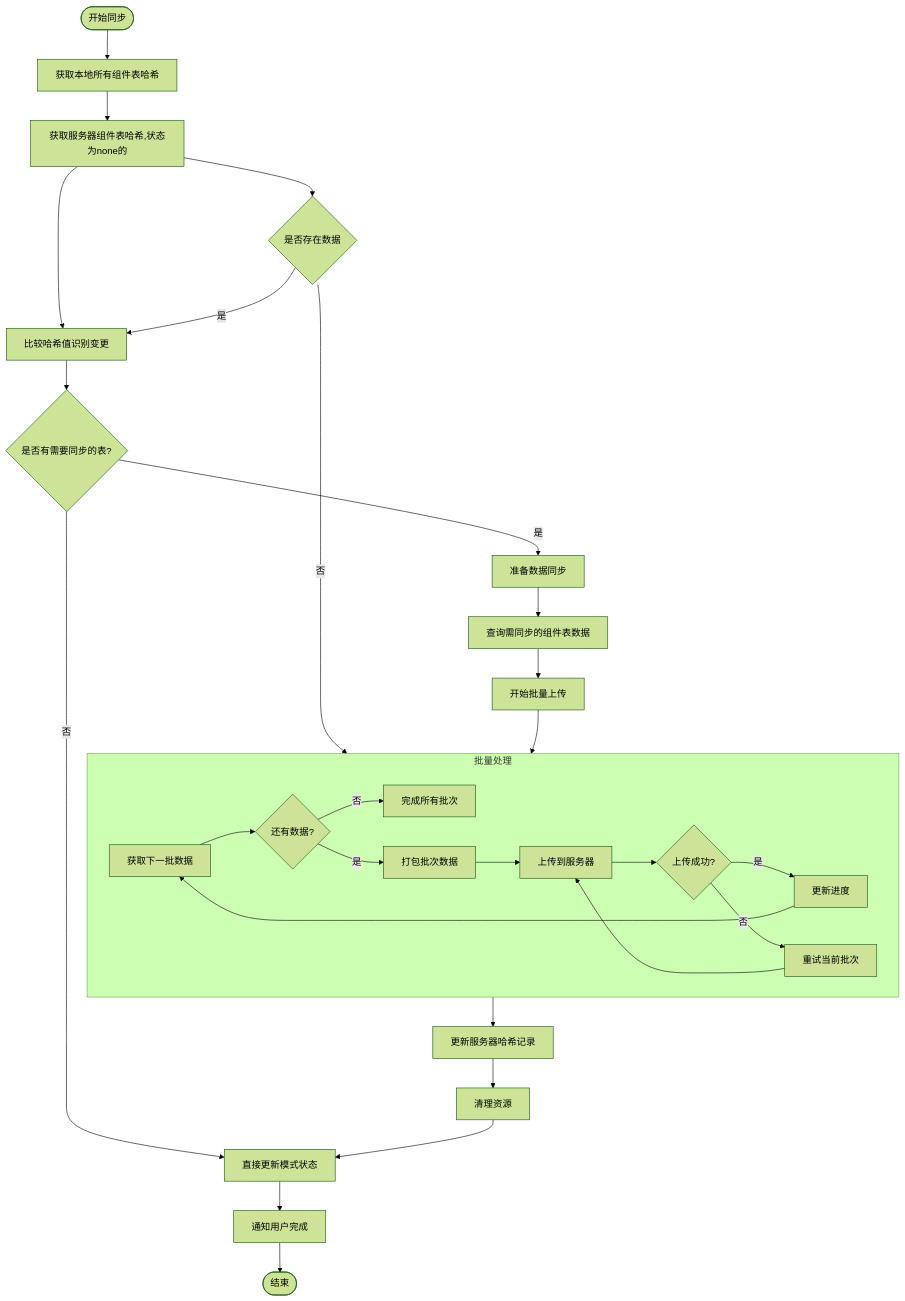
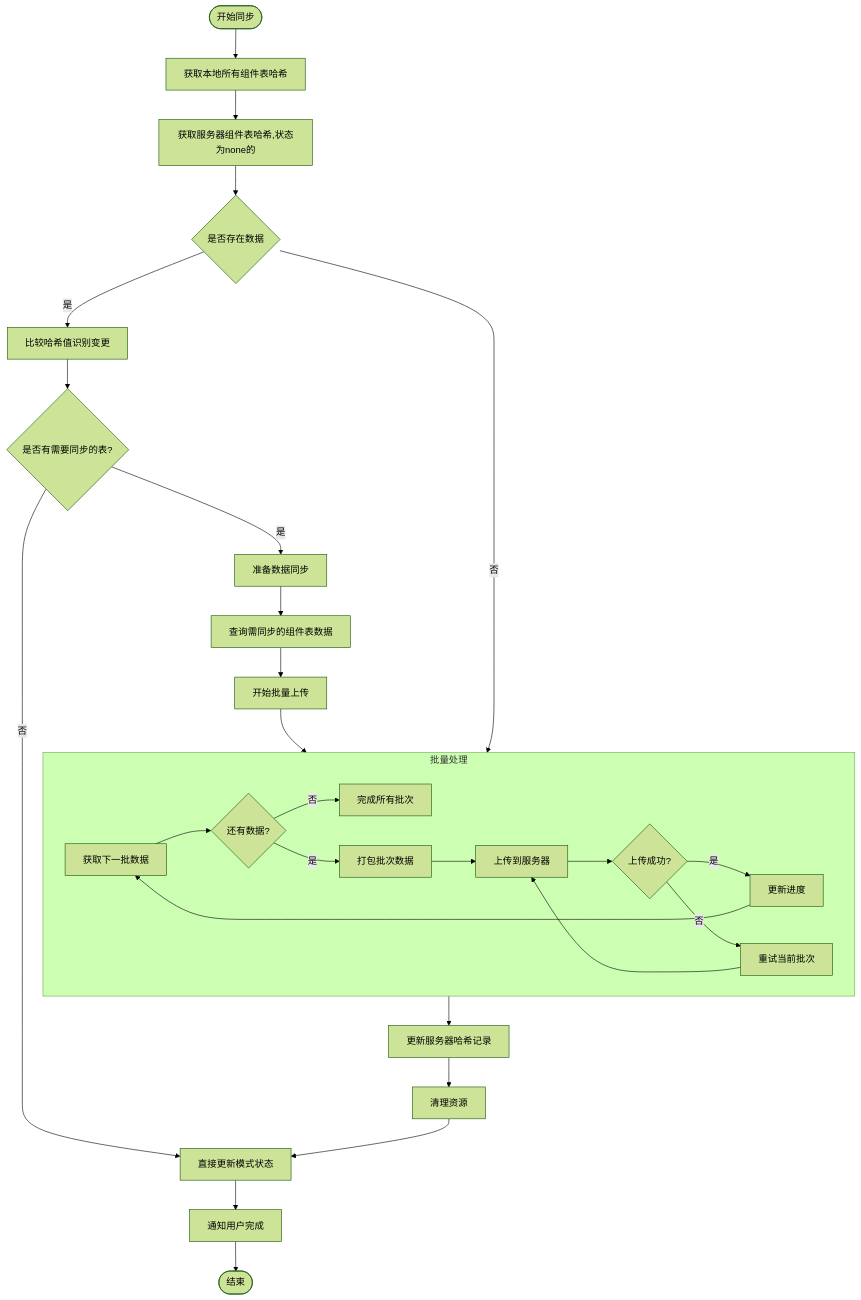
Before and after one commit to yingjianzh/iodraw-files: the diagram in all/未命名-51.md, drawn with Mermaid (forest theme).

Commit message:
2025-05-08 16:53:32 update

````diff
--- a/all/未命名-51.md
+++ b/all/未命名-51.md
@@ -1,38 +1,37 @@
 ```mermaid
 flowchart TD
     Start([开始同步]) --> FetchLocalHashes[获取本地所有组件表哈希]
     FetchLocalHashes --> FetchServerHashes[获取服务器组件表哈希,状态为none的]
     FetchServerHashes --> DataExist{是否存在数据} 
-    FetchServerHashes --> CompareHashes[比较哈希值识别变更]
 
     DataExist --> |是| CompareHashes[比较哈希值识别变更]
     DataExist --> |否| BatchProcess
 
     
     CompareHashes --> NeedSync{是否有需要同步的表?}
     NeedSync -->|否| UpdateMode[直接更新模式状态]
     NeedSync -->|是| PrepareSync[准备数据同步]
     
     PrepareSync --> QueryChangedData[查询需同步的组件表数据]
     QueryChangedData --> BeginBatchUpload[开始批量上传]
     
     subgraph BatchProcess [批量处理]
         A[获取下一批数据] --> B{还有数据?}
         B -->|否| ExitLoop[完成所有批次]
         B -->|是| C[打包批次数据]
         C --> D[上传到服务器]
         D --> E{上传成功?}
         E -->|是| F[更新进度]
         E -->|否| G[重试当前批次]
         G --> D
         F --> A
     end
     
     BeginBatchUpload --> BatchProcess
     BatchProcess --> UpdateHashes[更新服务器哈希记录]
     UpdateHashes --> CleanupResources[清理资源]
     CleanupResources --> UpdateMode
     
     UpdateMode --> NotifyCompletion[通知用户完成]
     NotifyCompletion --> End([结束])
 ```
````
